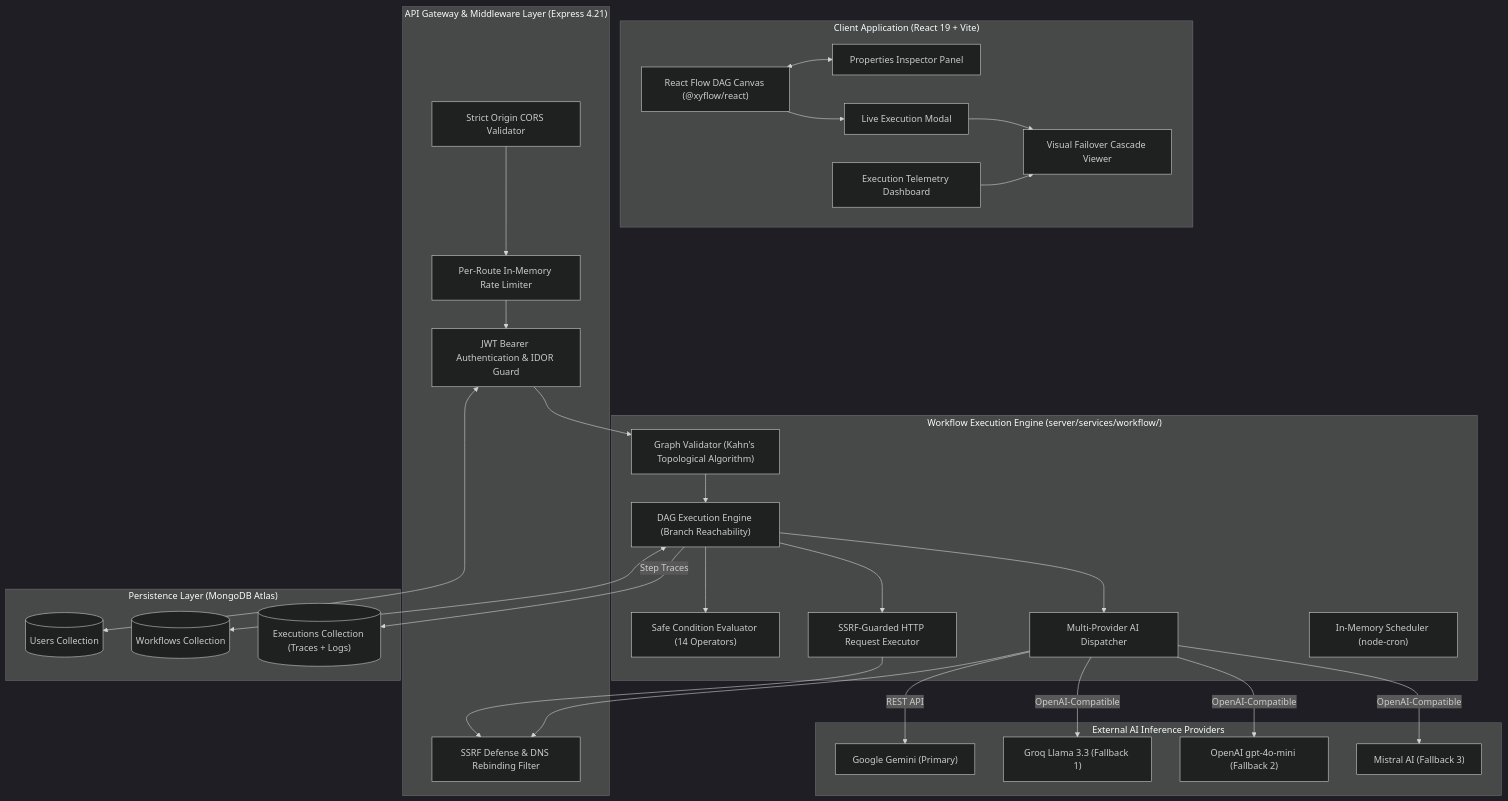
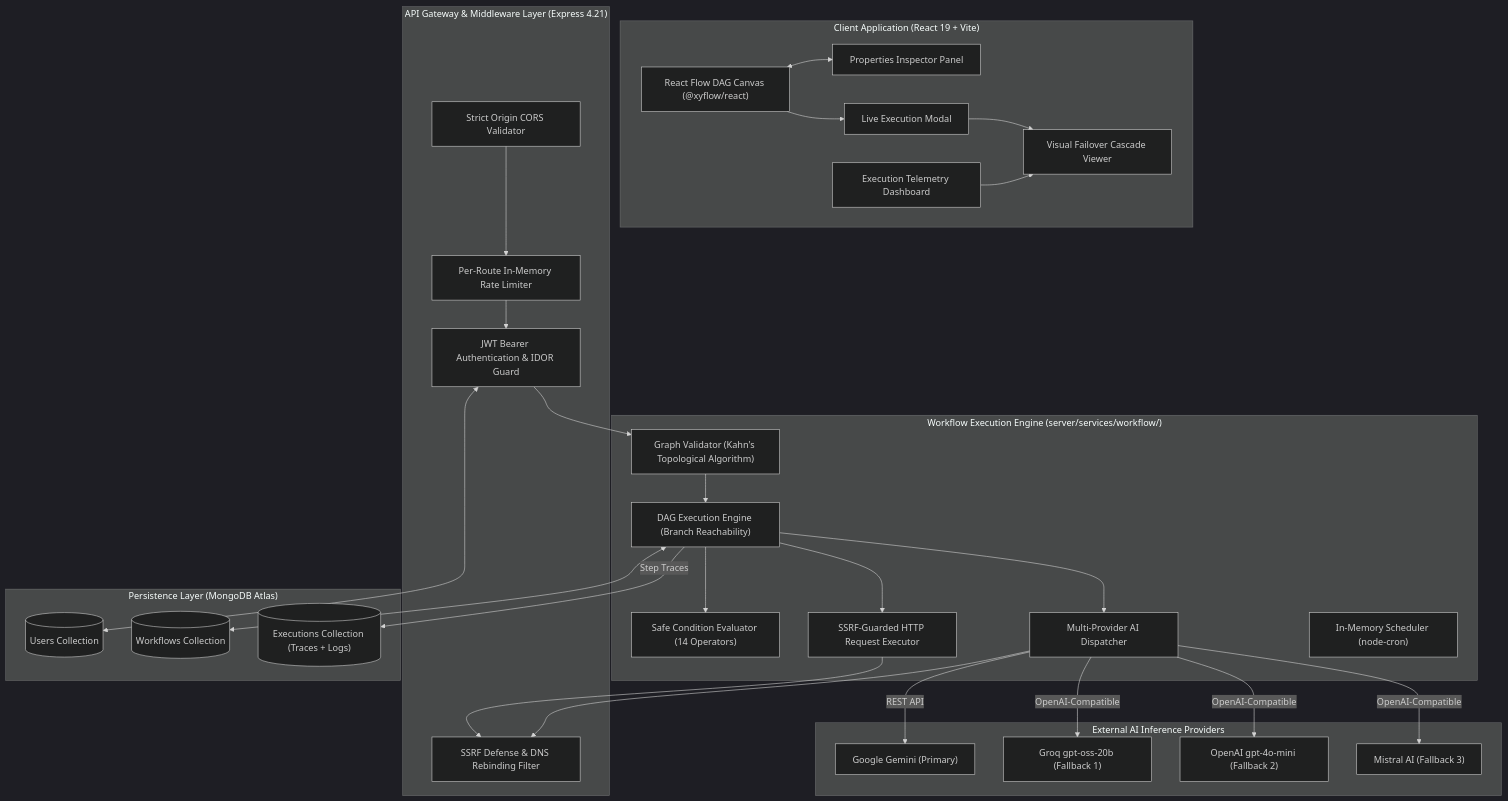
One commit to DivyanshuG23/flowforge-ai changed the first of 6 diagrams in docs/ARCHITECTURE.md. Above: the diagram before and after it, drawn with Mermaid (dark theme). The commit also changed other lines of this file and 1 other file, not shown here.

Commit message:
docs: finalize portfolio and architecture documentation

````diff
--- a/docs/ARCHITECTURE.md
+++ b/docs/ARCHITECTURE.md
@@ -13,61 +13,61 @@
 ```mermaid
 flowchart TD
     subgraph Client["Client Application (React 19 + Vite)"]
         UI["React Flow DAG Canvas (@xyflow/react)"]
         Props["Properties Inspector Panel"]
         Modal["Live Execution Modal"]
         Viewer["Visual Failover Cascade Viewer"]
         History["Execution Telemetry Dashboard"]
         UI <--> Props
         UI --> Modal
         Modal --> Viewer
         History --> Viewer
     end
 
     subgraph Gateway["API Gateway & Middleware Layer (Express 4.21)"]
         CORS["Strict Origin CORS Validator"]
         RateLimit["Per-Route In-Memory Rate Limiter"]
         Auth["JWT Bearer Authentication & IDOR Guard"]
         SSRF["SSRF Defense & DNS Rebinding Filter"]
         CORS --> RateLimit
         RateLimit --> Auth
     end
 
     subgraph CoreEngine["Workflow Execution Engine (server/services/workflow/)"]
         Validator["Graph Validator (Kahn's Topological Algorithm)"]
         Engine["DAG Execution Engine (Branch Reachability)"]
         ConditionEval["Safe Condition Evaluator (14 Operators)"]
         AIExecutor["Multi-Provider AI Dispatcher"]
         HTTPExecutor["SSRF-Guarded HTTP Request Executor"]
         Scheduler["In-Memory Scheduler (node-cron)"]
 
         Auth --> Validator
         Validator --> Engine
         Engine --> ConditionEval
         Engine --> AIExecutor
         Engine --> HTTPExecutor
         HTTPExecutor --> SSRF
         AIExecutor --> SSRF
     end
 
     subgraph DataStore["Persistence Layer (MongoDB Atlas)"]
         Users[("Users Collection")]
         Workflows[("Workflows Collection")]
         Executions[("Executions Collection (Traces + Logs)")]
         Auth <--> Users
         Engine <--> Workflows
         Engine -->|Step Traces| Executions
     end
 
     subgraph Providers["External AI Inference Providers"]
         Gemini["Google Gemini (Primary)"]
-        Groq["Groq Llama 3.3 (Fallback 1)"]
+        Groq["Groq gpt-oss-20b (Fallback 1)"]
         OpenAI["OpenAI gpt-4o-mini (Fallback 2)"]
         Mistral["Mistral AI (Fallback 3)"]
 
         AIExecutor -->|REST API| Gemini
         AIExecutor -->|OpenAI-Compatible| Groq
         AIExecutor -->|OpenAI-Compatible| OpenAI
         AIExecutor -->|OpenAI-Compatible| Mistral
     end
 ```
````
